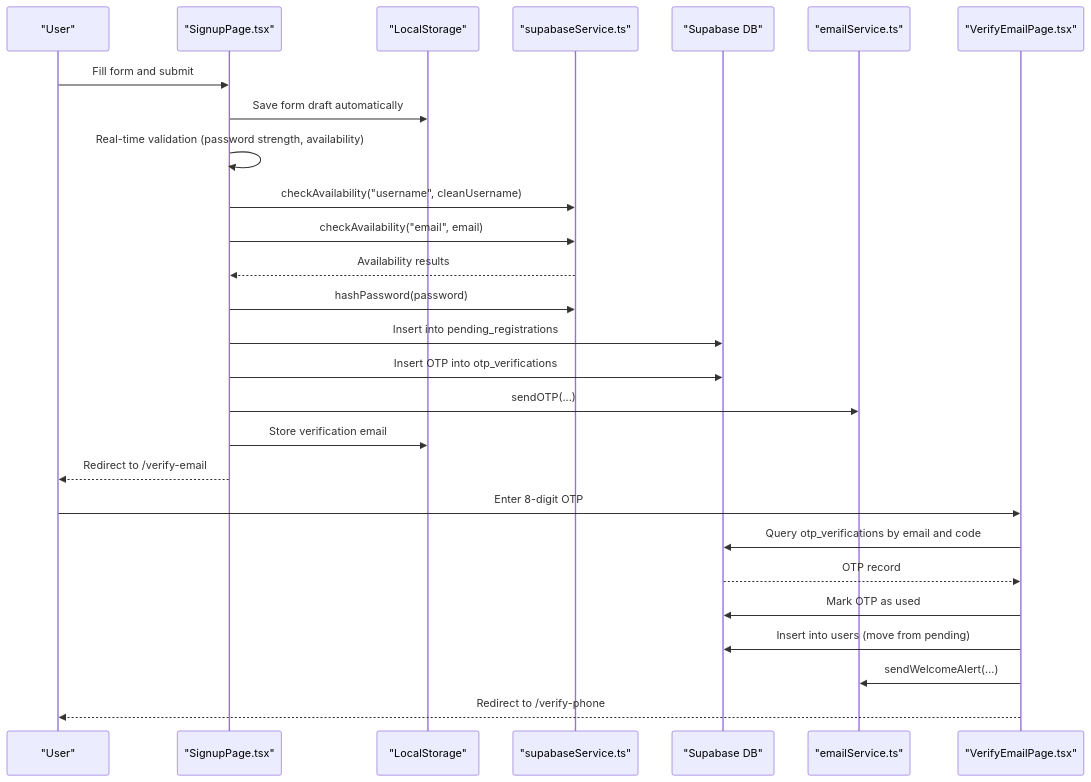
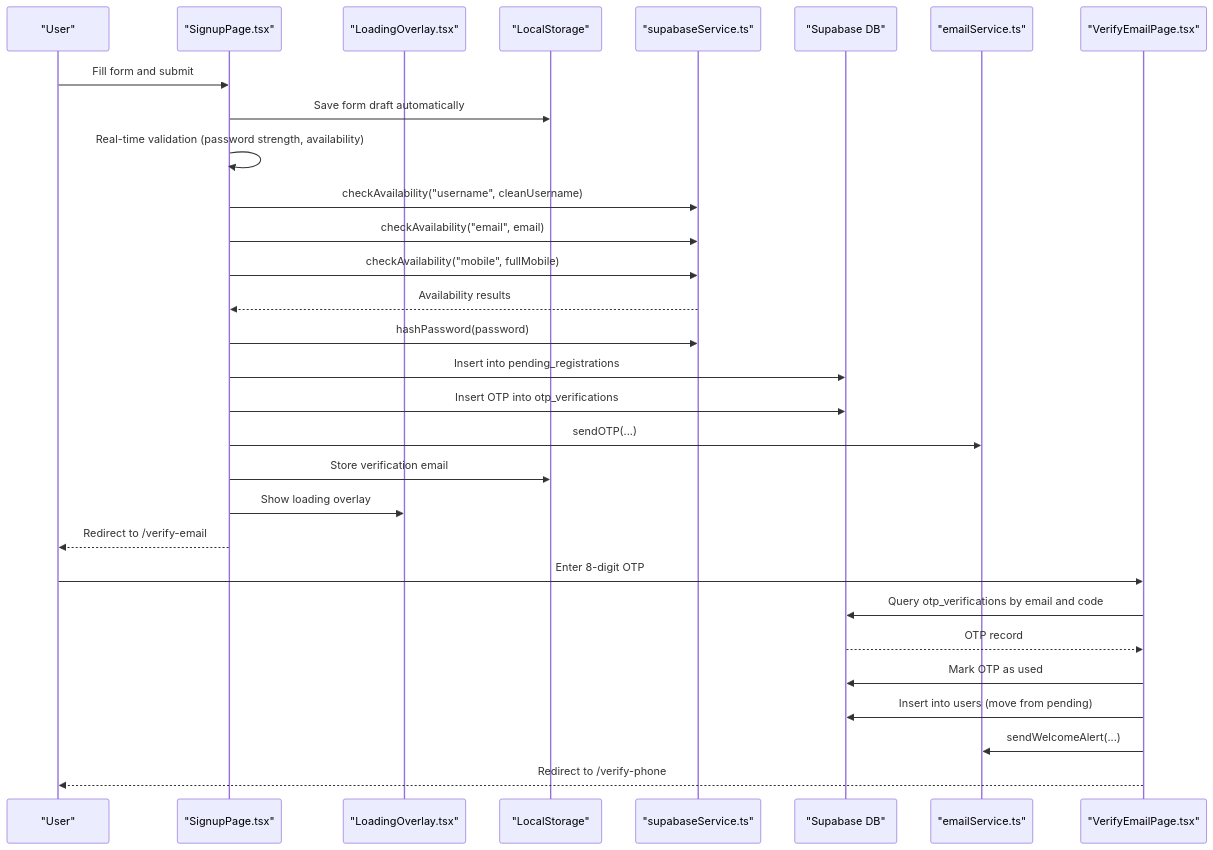
One commit to zpria/ACCOUND-ZPRIA changed the second of 6 diagrams in .qoder/repowiki/en/content/Authentication System/User Registration.md. Above: the diagram before and after it, drawn with Mermaid. The commit also changed other lines of this file and 12 other files, not shown here.

````diff
--- a/.qoder/repowiki/en/content/Authentication System/User Registration.md
+++ b/.qoder/repowiki/en/content/Authentication System/User Registration.md
@@ -112,29 +130,32 @@
 ```mermaid
 sequenceDiagram
 participant U as "User"
 participant SP as "SignupPage.tsx"
+participant LO as "LoadingOverlay.tsx"
 participant LS as "LocalStorage"
 participant SS as "supabaseService.ts"
 participant DB as "Supabase DB"
 participant ES as "emailService.ts"
 participant VP as "VerifyEmailPage.tsx"
 U->>SP : Fill form and submit
 SP->>LS : Save form draft automatically
 SP->>SP : Real-time validation (password strength, availability)
 SP->>SS : checkAvailability("username", cleanUsername)
 SP->>SS : checkAvailability("email", email)
+SP->>SS : checkAvailability("mobile", fullMobile)
 SS-->>SP : Availability results
 SP->>SS : hashPassword(password)
 SP->>DB : Insert into pending_registrations
 SP->>DB : Insert OTP into otp_verifications
 SP->>ES : sendOTP(...)
 SP->>LS : Store verification email
+SP->>LO : Show loading overlay
 SP-->>U : Redirect to /verify-email
 U->>VP : Enter 8-digit OTP
 VP->>DB : Query otp_verifications by email and code
 DB-->>VP : OTP record
 VP->>DB : Mark OTP as used
 VP->>DB : Insert into users (move from pending)
 VP->>ES : sendWelcomeAlert(...)
 VP-->>U : Redirect to /verify-phone
 ```
````
